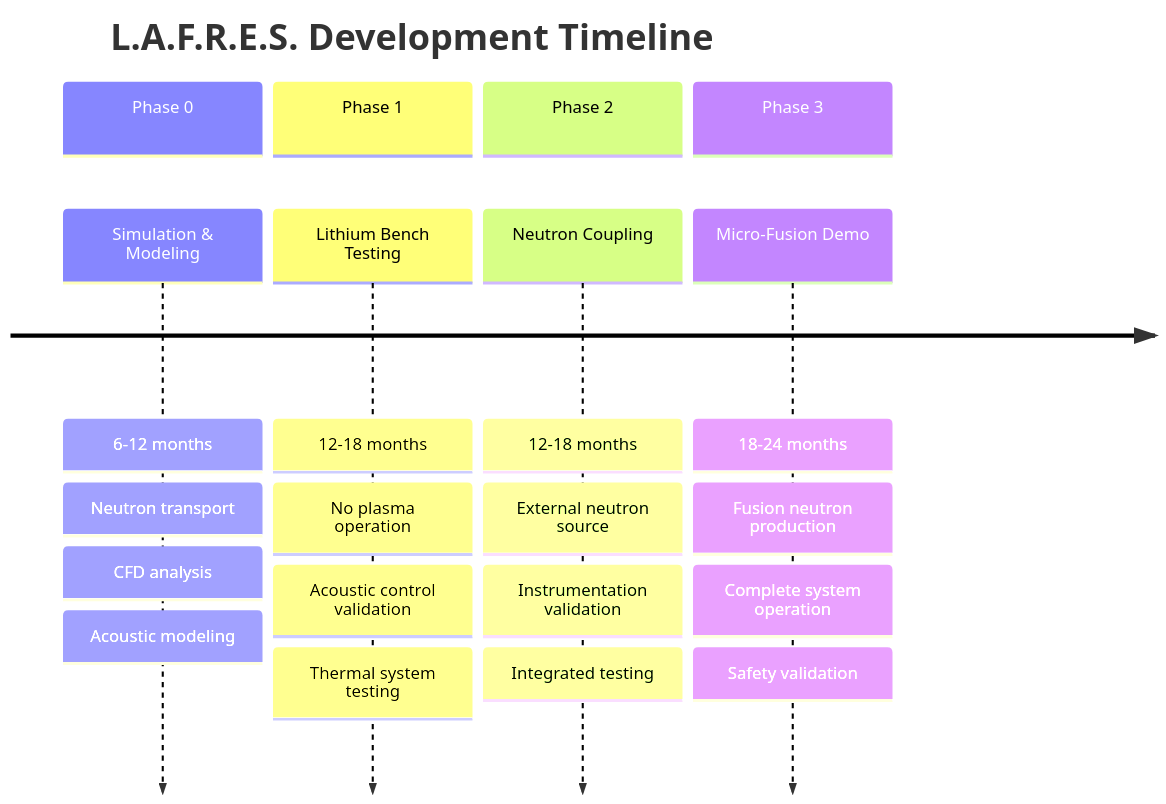
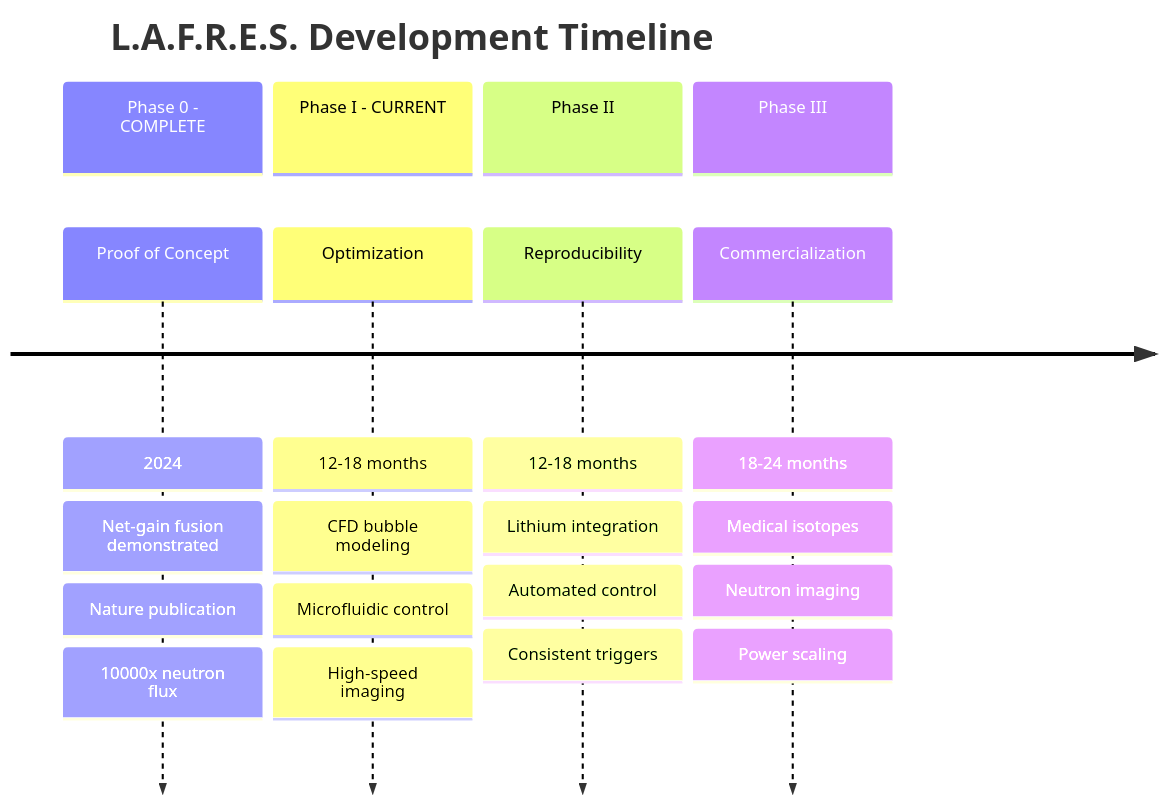
Before and after one commit to szemkoff/LAFRES: the first of 2 diagrams in website/docs/roadmap/overview.md, drawn with Mermaid. The commit also changed other lines of this file and 2 other files, not shown here.

First line of the commit message:
Comprehensive update: Align all docs with net-gain achievement

````diff
--- a/website/docs/roadmap/overview.md
+++ b/website/docs/roadmap/overview.md
@@ -16,24 +21,24 @@
 ```mermaid
 timeline
     title L.A.F.R.E.S. Development Timeline
-    section Phase 0
-        Simulation & Modeling : 6-12 months
-                               : Neutron transport
-                               : CFD analysis
-                               : Acoustic modeling
-    section Phase 1
-        Lithium Bench Testing : 12-18 months
-                              : No plasma operation
-                              : Acoustic control validation
-                              : Thermal system testing
-    section Phase 2
-        Neutron Coupling : 12-18 months
-                         : External neutron source
-                         : Instrumentation validation
-                         : Integrated testing
-    section Phase 3
-        Micro-Fusion Demo : 18-24 months
-                          : Fusion neutron production
-                          : Complete system operation
-                          : Safety validation
+    section Phase 0 - COMPLETE
+        Proof of Concept : 2024
+                        : Net-gain fusion demonstrated
+                        : Nature publication
+                        : 10000x neutron flux
+    section Phase I - CURRENT
+        Optimization : 12-18 months
+                     : CFD bubble modeling
+                     : Microfluidic control
+                     : High-speed imaging
+    section Phase II
+        Reproducibility : 12-18 months
+                        : Lithium integration
+                        : Automated control
+                        : Consistent triggers
+    section Phase III
+        Commercialization : 18-24 months
+                          : Medical isotopes
+                          : Neutron imaging
+                          : Power scaling
 ```
````
